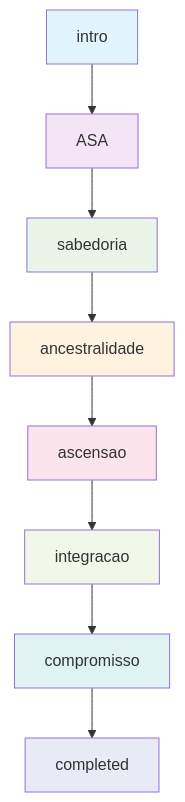
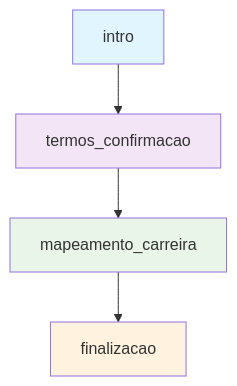
One commit to rafaelcaceres/singuebot changed the diagram in docs/fluxo-entrevista.md. Above: the diagram before and after it, drawn with Mermaid. The commit also changed other lines of this file and 17 other files, not shown here.

````diff
--- a/docs/fluxo-entrevista.md
+++ b/docs/fluxo-entrevista.md
@@ -14,19 +14,11 @@
 ```mermaid
 graph TD
-    A[intro] --> B[ASA]
-    B --> C[sabedoria]
-    C --> D[ancestralidade]
-    D --> E[ascensao]
-    E --> F[integracao]
-    F --> G[compromisso]
-    G --> H[completed]
+    A[intro] --> B[termos_confirmacao]
+    B --> C[mapeamento_carreira]
+    C --> D[finalizacao]
     
     style A fill:#e1f5fe
     style B fill:#f3e5f5
     style C fill:#e8f5e8
     style D fill:#fff3e0
-    style E fill:#fce4ec
-    style F fill:#f1f8e9
-    style G fill:#e0f2f1
-    style H fill:#e8eaf6
 ```
````
